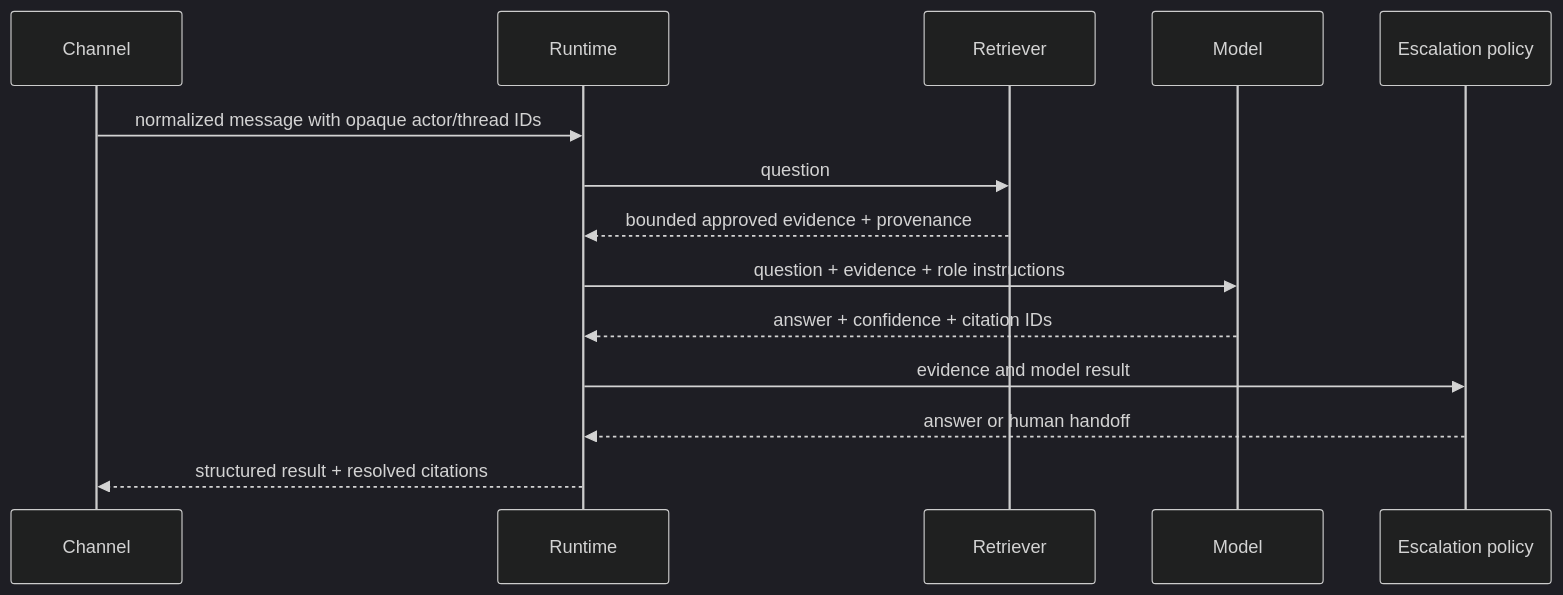
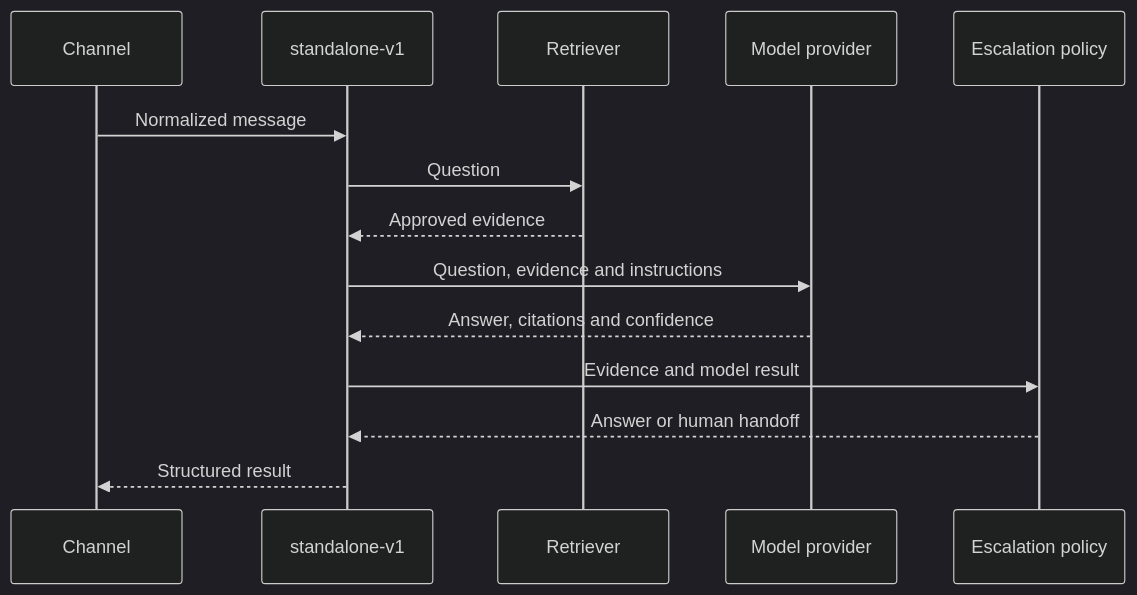
The second of 2 diagrams in docs/architecture.md (bytefolk/digital-employee), drawn with Mermaid (dark theme) before and after one commit. The commit also changed other lines of this file and 42 other files, not shown here.

````diff
--- a/docs/architecture.md
+++ b/docs/architecture.md
@@ -38,16 +127,16 @@
 ```mermaid
 sequenceDiagram
   participant C as Channel
-  participant R as Runtime
+  participant R as standalone-v1
   participant K as Retriever
-  participant M as Model
+  participant M as Model provider
   participant P as Escalation policy
-  C->>R: normalized message with opaque actor/thread IDs
-  R->>K: question
-  K-->>R: bounded approved evidence + provenance
-  R->>M: question + evidence + role instructions
-  M-->>R: answer + confidence + citation IDs
-  R->>P: evidence and model result
-  P-->>R: answer or human handoff
-  R-->>C: structured result + resolved citations
+  C->>R: Normalized message
+  R->>K: Question
+  K-->>R: Approved evidence
+  R->>M: Question, evidence and instructions
+  M-->>R: Answer, citations and confidence
+  R->>P: Evidence and model result
+  P-->>R: Answer or human handoff
+  R-->>C: Structured result
 ```
````
